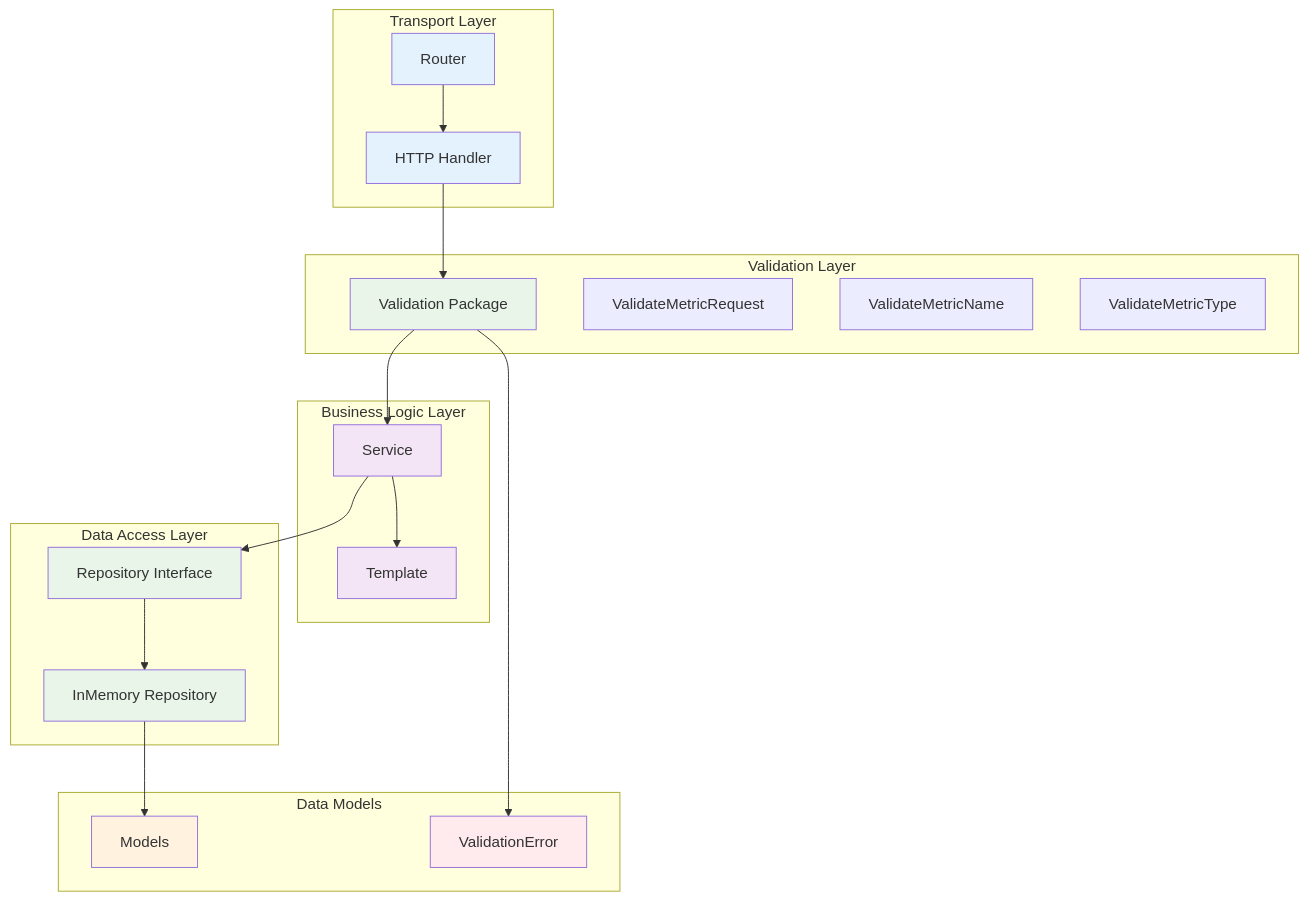
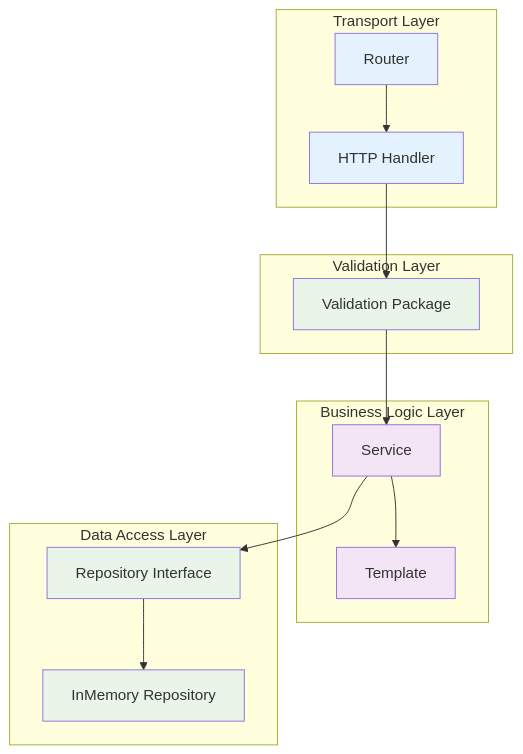
Before and after one commit to IgorKilipenko/metrical: the diagram in README.md, drawn with Mermaid. The commit also changed other lines of this file, not shown here.

Commit message:
docs: update README to reflect new server and agent launch instructions, and clarify validation architecture

````diff
--- a/README.md
+++ b/README.md
@@ -55,48 +52,36 @@
 ```mermaid
 graph TB
     subgraph "Transport Layer"
         H[HTTP Handler]
         R[Router]
     end
     
     subgraph "Validation Layer"
         V[Validation Package]
-        VAL[ValidateMetricRequest]
-        VNAME[ValidateMetricName]
-        VTYPE[ValidateMetricType]
     end
     
     subgraph "Business Logic Layer"
         S[Service]
         T[Template]
     end
     
     subgraph "Data Access Layer"
         REPO[Repository Interface]
         IMR[InMemory Repository]
     end
     
-    subgraph "Data Models"
-        M[Models]
-        VE[ValidationError]
-    end
-    
     H --> V
     R --> H
     V --> S
     S --> REPO
     REPO --> IMR
-    IMR --> M
     S --> T
-    V --> VE
     
     style H fill:#e3f2fd
     style R fill:#e3f2fd
     style V fill:#e8f5e8
     style S fill:#f3e5f5
     style T fill:#f3e5f5
     style REPO fill:#e8f5e8
     style IMR fill:#e8f5e8
-    style M fill:#fff3e0
-    style VE fill:#ffebee
 ```
````
